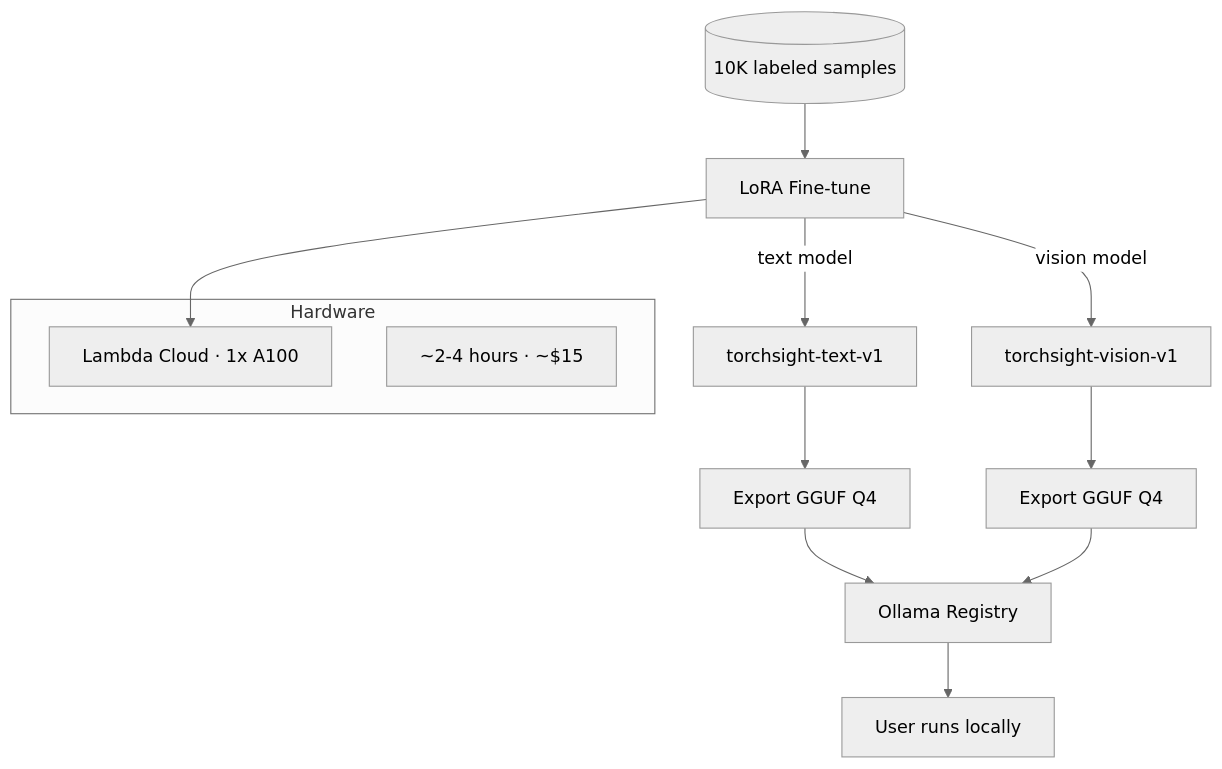
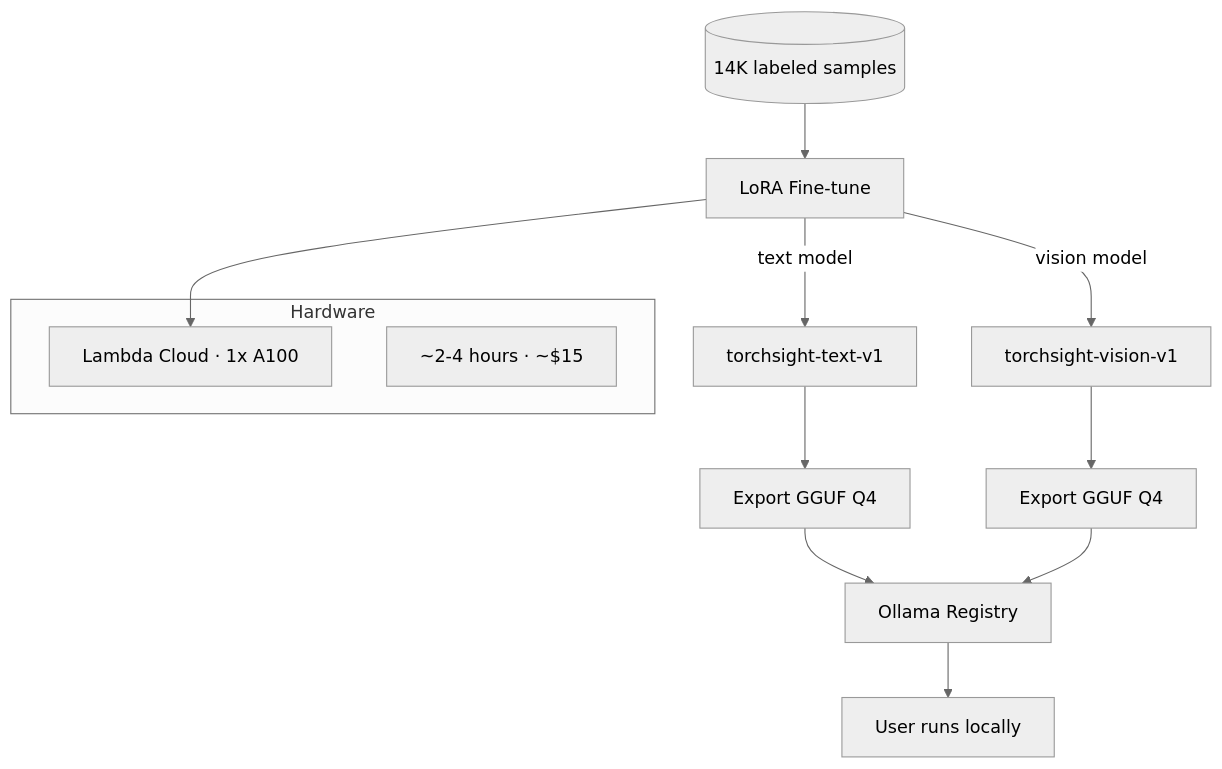
One commit to IvanDobrovolsky/torchsight changed the third of 3 diagrams in docs/CORPUS.md. Above: the diagram before and after it, drawn with Mermaid (neutral theme). The commit also changed other lines of this file and 2 other files, not shown here.

````diff
--- a/docs/CORPUS.md
+++ b/docs/CORPUS.md
@@ -188,18 +253,18 @@
 ```mermaid
 graph TB
-    DATA[(10K labeled samples)] --> LORA[LoRA Fine-tune]
+    DATA[(14K labeled samples)] --> LORA[LoRA Fine-tune]
     LORA -->|text model| MISTRAL_FT[torchsight-text-v1]
     LORA -->|vision model| LLAMA_FT[torchsight-vision-v1]
     MISTRAL_FT --> GGUF_T[Export GGUF Q4]
     LLAMA_FT --> GGUF_V[Export GGUF Q4]
     GGUF_T --> OLLAMA[Ollama Registry]
     GGUF_V --> OLLAMA
     OLLAMA --> USER[User runs locally]
 
     subgraph Hardware
         LAMBDA[Lambda Cloud · 1x A100]
         TIME[~2-4 hours · ~$15]
     end
 
     LORA --> LAMBDA
 ```
````
